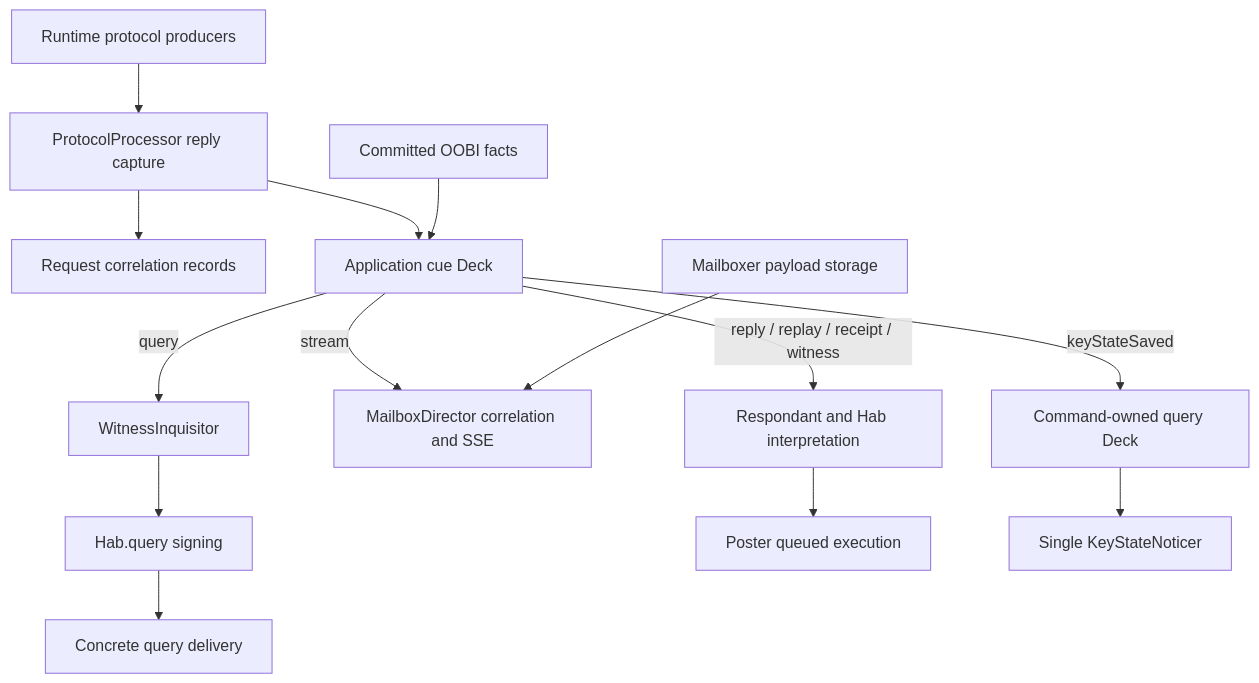
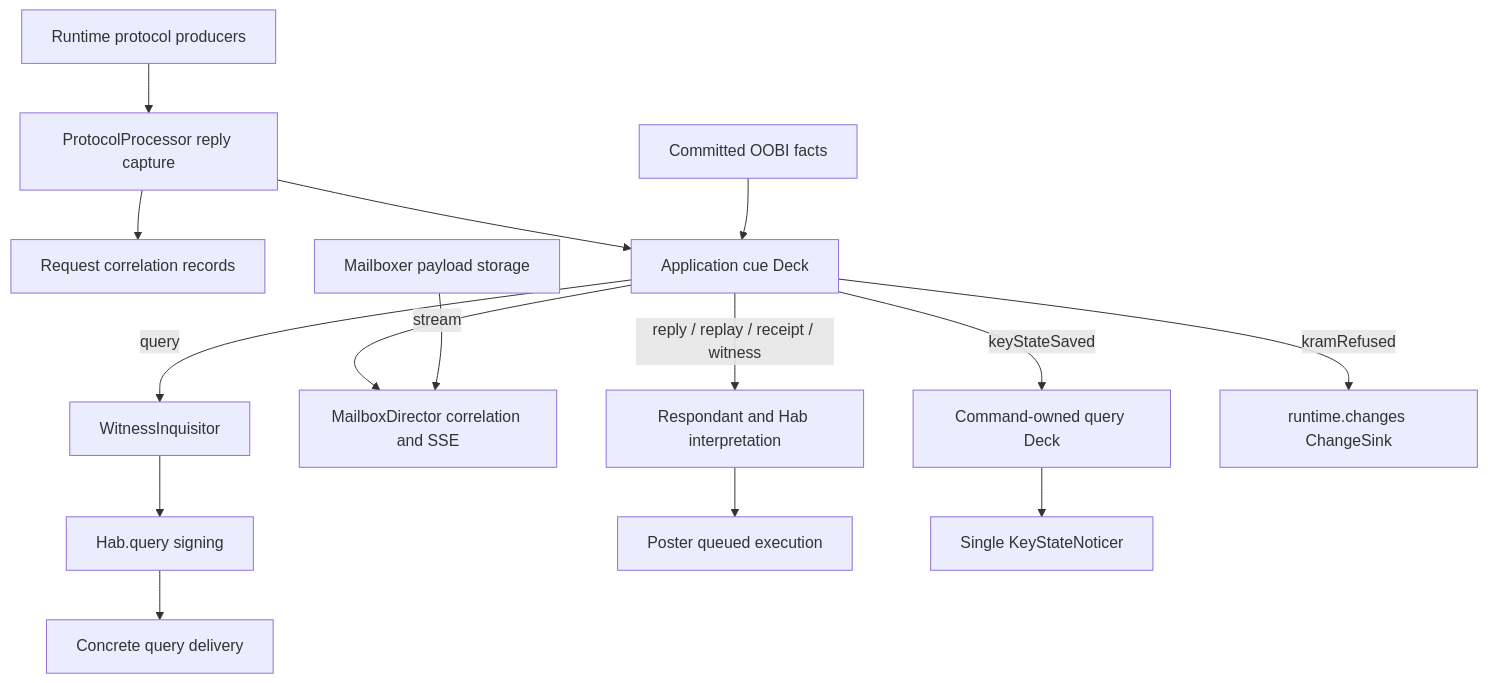
Before and after one commit to kentbull/keri-ts: the diagram in docs/design-docs/runtime/CUES.md, drawn with Mermaid. The commit also changed other lines of this file and 16 other files, not shown here.

````diff
--- a/docs/design-docs/runtime/CUES.md
+++ b/docs/design-docs/runtime/CUES.md
@@ -42,16 +42,17 @@
 ```mermaid
 flowchart TD
   P[Runtime protocol producers] --> R[ProtocolProcessor reply capture]
   R --> Q[Request correlation records]
   R --> A[Application cue Deck]
   O[Committed OOBI facts] --> A
   A -->|query| C[WitnessInquisitor]
   C --> H[Hab.query signing]
   H --> D[Concrete query delivery]
   A -->|stream| M[MailboxDirector correlation and SSE]
   A -->|reply / replay / receipt / witness| S[Respondant and Hab interpretation]
   S --> T[Poster queued execution]
   A -->|keyStateSaved| K[Command-owned query Deck]
   K --> N[Single KeyStateNoticer]
+  A -->|kramRefused| G[runtime.changes ChangeSink]
   B[Mailboxer payload storage] --> M
 ```
````
